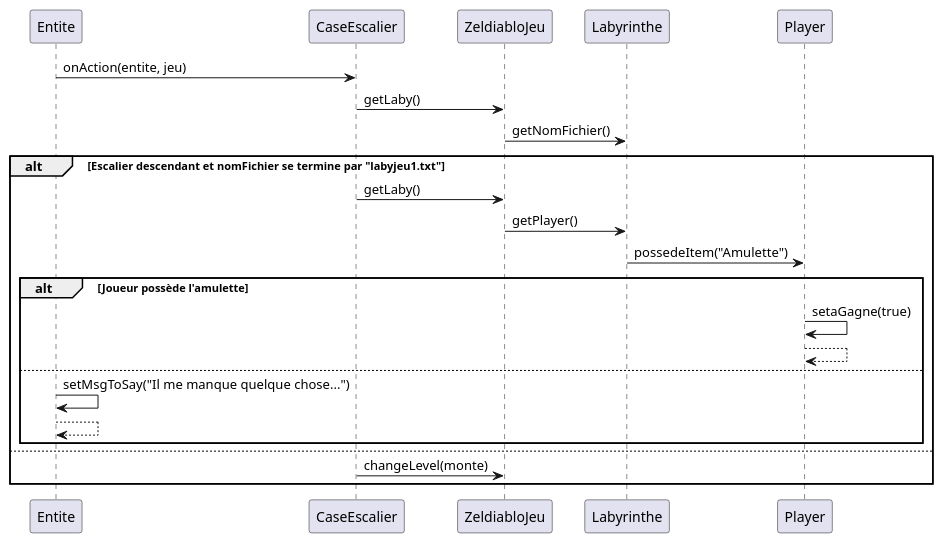
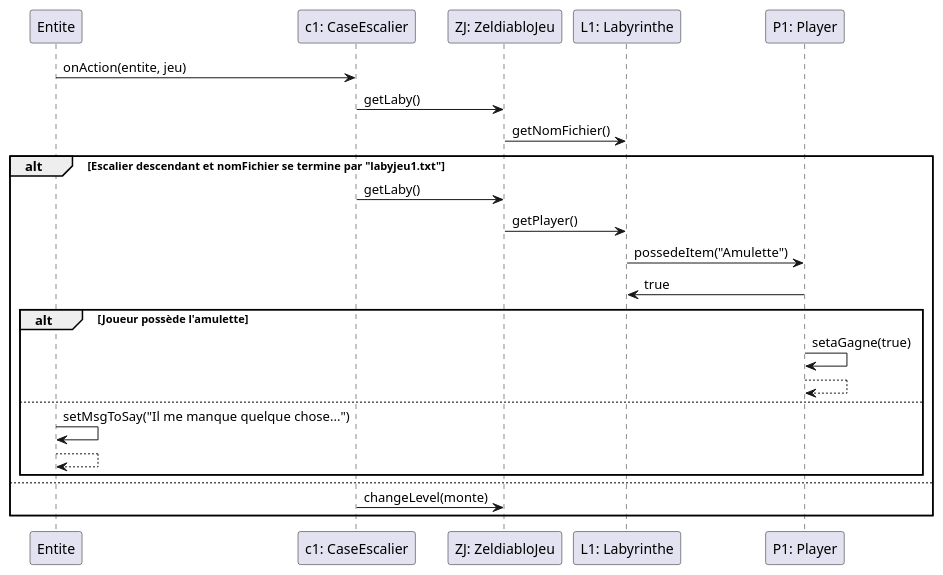
One commit to zonetecde/BUT_S2_2025_Zeldiablo_e22359u_e82916u_e77582u_e85474u changed the diagram in zeldiablo/documents/iteration-4/diagrammes/Fin-du-jeu/diagramme-sequence-onAction.puml. Above: the diagram before and after it, drawn with PlantUML.

Commit message:
Légère modification diagramme onAction

```diff
--- a/zeldiablo/documents/iteration-4/diagrammes/Fin-du-jeu/diagramme-sequence-onAction.puml
+++ b/zeldiablo/documents/iteration-4/diagrammes/Fin-du-jeu/diagramme-sequence-onAction.puml
@@ -1,25 +1,26 @@
 @startuml
 participant Entite
-participant "CaseEscalier" as CaseEscalier
-participant "ZeldiabloJeu" as Jeu
-participant "Labyrinthe" as Laby
-participant "Player" as Joueur
+participant "c1: CaseEscalier" as CaseEscalier
+participant "ZJ: ZeldiabloJeu" as Jeu
+participant "L1: Labyrinthe" as Laby
+participant "P1: Player" as Joueur
 
 Entite -> CaseEscalier : onAction(entite, jeu)
 CaseEscalier -> Jeu : getLaby()
 Jeu -> Laby : getNomFichier()
 alt Escalier descendant et nomFichier se termine par "labyjeu1.txt"
     CaseEscalier -> Jeu : getLaby()
     Jeu -> Laby : getPlayer()
     Laby -> Joueur : possedeItem("Amulette")
+    Laby <- Joueur: true
     alt Joueur possède l'amulette
         Joueur -> Joueur : setaGagne(true)
         return
     else
         Entite -> Entite : setMsgToSay("Il me manque quelque chose...")
         return
     end
 else
     CaseEscalier -> Jeu : changeLevel(monte)
 end
 @enduml
```
